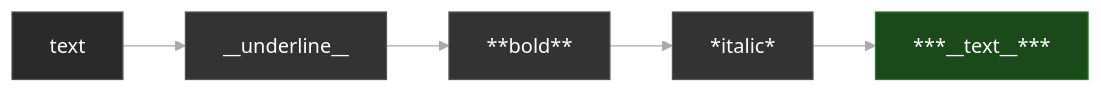
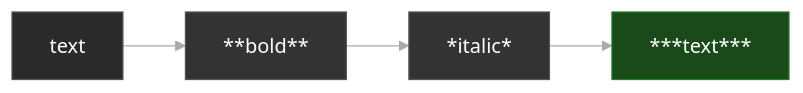
One commit to visionik/sedmat changed the third of 3 diagrams in README.md. Above: the diagram before and after it, drawn with Mermaid. The commit also changed other lines of this file, not shown here.

````diff
--- a/README.md
+++ b/README.md
@@ -1214,11 +1286,10 @@
 ```mermaid
 %%{init: {'theme': 'base', 'themeVariables': { 'primaryColor': '#333333', 'primaryTextColor': '#ffffff', 'primaryBorderColor': '#555555', 'lineColor': '#aaaaaa', 'secondaryColor': '#2a2a2a', 'tertiaryColor': '#222222', 'background': '#111111', 'edgeLabelBackground': '#222222' }}}%%
 graph LR
-    TEXT[text] --> U["__underline__"]
-    U --> B["**bold**"]
+    TEXT[text] --> B["**bold**"]
     B --> I["*italic*"]
-    I --> FINAL["***__text__***"]
+    I --> FINAL["***text***"]
     
     style TEXT fill:#2a2a2a,color:#ffffff,stroke:#555555
     style FINAL fill:#1a4a1a,color:#ffffff,stroke:#2a7a2a
 ```
````
